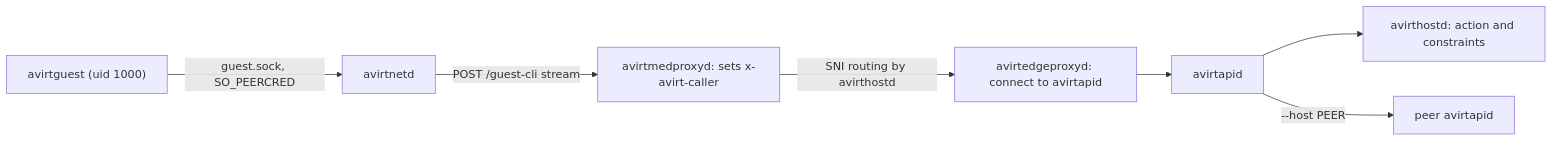
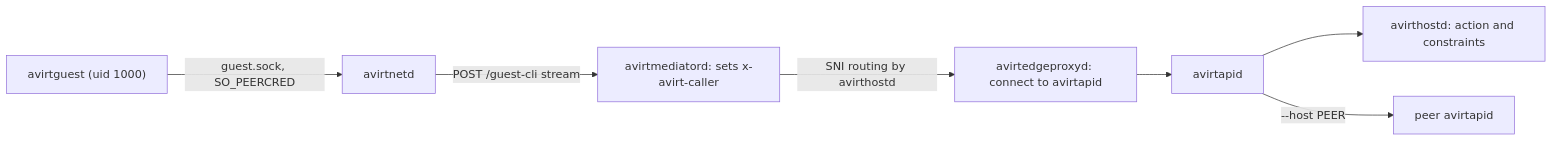
Before and after one commit to tbhb-dev/avirt: the diagram in docs/guest-cli.md, drawn with Mermaid. The commit also changed other lines of this file and 116 other files, not shown here.

````diff
--- a/docs/guest-cli.md
+++ b/docs/guest-cli.md
@@ -27,9 +27,9 @@
 ```mermaid
 flowchart LR
     guest["avirtguest (uid 1000)"] -->|"guest.sock, SO_PEERCRED"| net["avirtnetd"]
-    net -->|"POST /guest-cli stream"| me["avirtmedproxyd: sets x-avirt-caller"]
+    net -->|"POST /guest-cli stream"| me["avirtmediatord: sets x-avirt-caller"]
     me -->|"SNI routing by avirthostd"| fd["avirtedgeproxyd: connect to avirtapid"]
     fd --> proxyd["avirtapid"]
     proxyd --> hostd["avirthostd: action and constraints"]
     proxyd -->|"--host PEER"| peer["peer avirtapid"]
 ```
````
